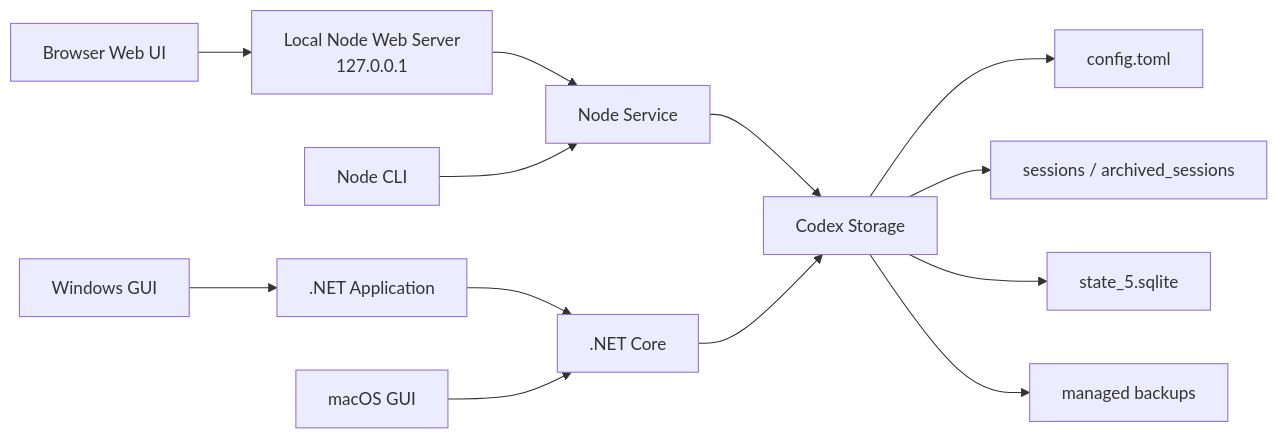
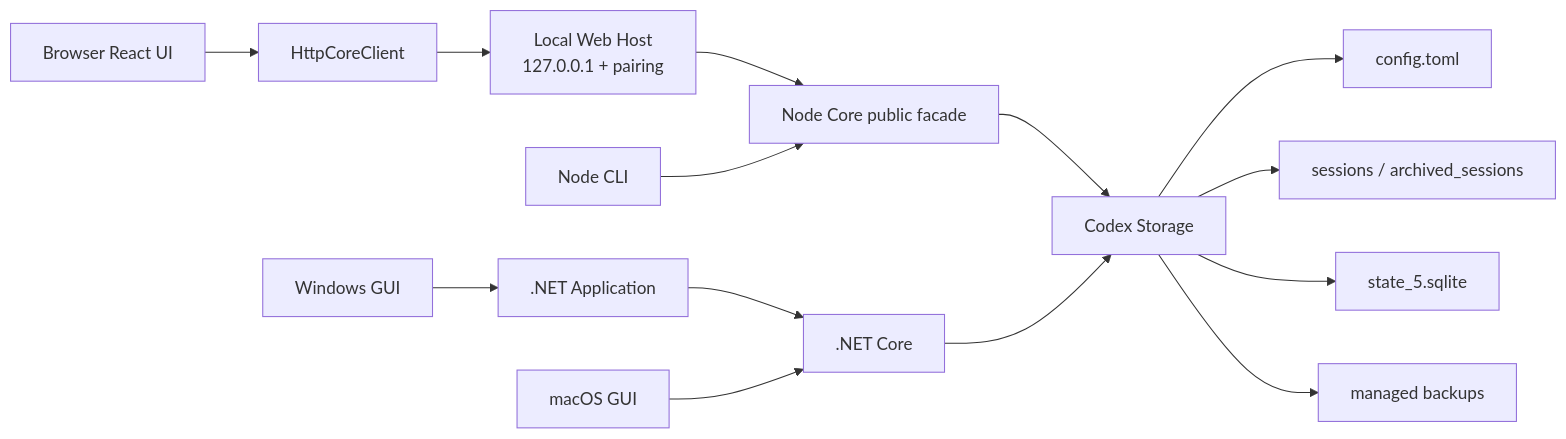
The diagram in README.md (Dailin521/codex-provider-sync), drawn with Mermaid before and after one commit. The commit also changed other lines of this file and 105 other files, not shown here.

````diff
--- a/README.md
+++ b/README.md
@@ -124,18 +124,19 @@
 ```mermaid
 flowchart LR
-    Browser["Browser Web UI"] --> WebServer["Local Node Web Server<br/>127.0.0.1"]
-    WebServer --> NodeService["Node Service"]
-    CLI["Node CLI"] --> NodeService
+    Browser["Browser React UI"] --> HttpClient["HttpCoreClient"]
+    HttpClient --> WebServer["Local Web Host<br/>127.0.0.1 + pairing"]
+    WebServer --> NodeCore["Node Core public facade"]
+    CLI["Node CLI"] --> NodeCore
 
     WindowsGUI["Windows GUI"] --> Application[".NET Application"]
     Application --> DotNetCore[".NET Core"]
     MacGUI["macOS GUI"] --> DotNetCore
 
-    NodeService --> Storage["Codex Storage"]
+    NodeCore --> Storage["Codex Storage"]
     DotNetCore --> Storage
 
     Storage --> Config["config.toml"]
     Storage --> Rollouts["sessions / archived_sessions"]
     Storage --> SQLite["state_5.sqlite"]
     Storage --> Backups["managed backups"]
 ```
````
